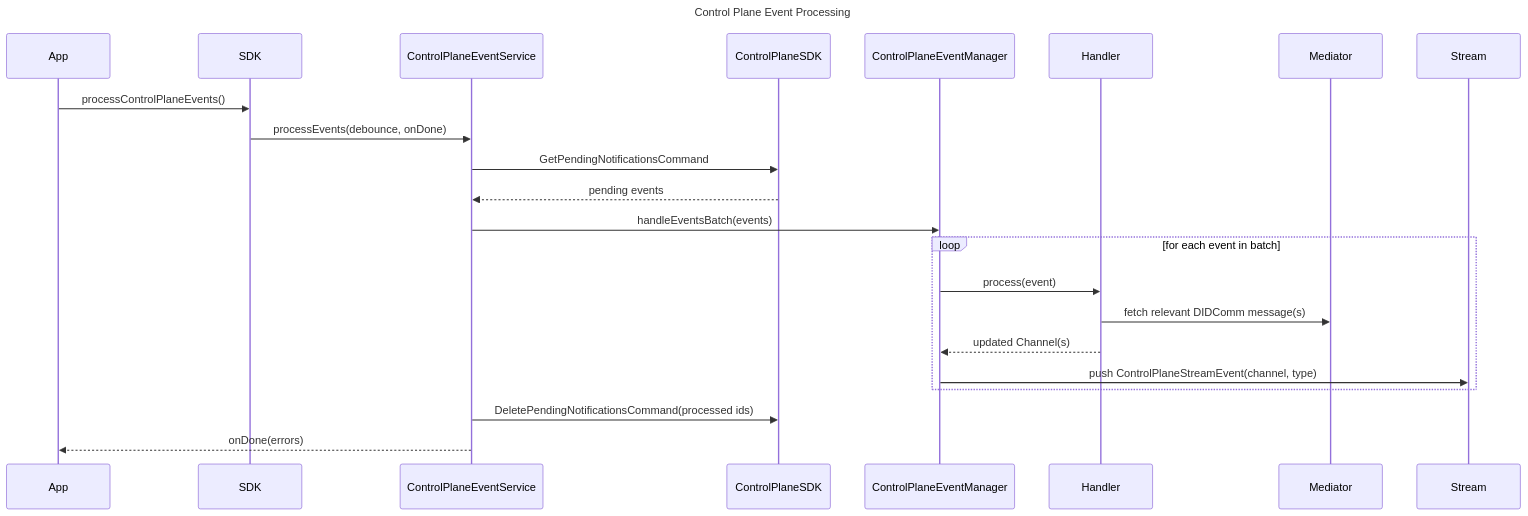
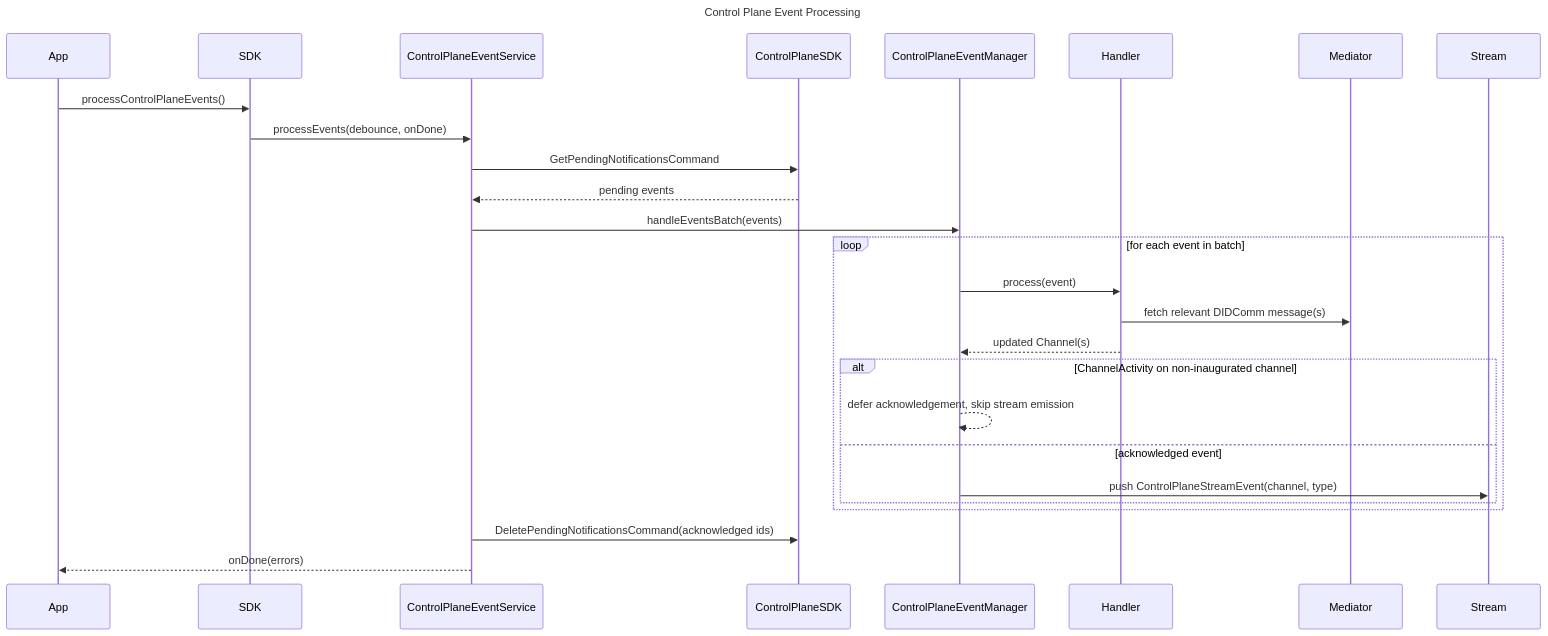
One commit to affinidi/affinidi-meetingplace-sdk-dart changed the diagram in packages/meeting_place_core/doc/runtime_models/control-plane-event-handling-model.md. Above: the diagram before and after it, drawn with Mermaid. The commit also changed other lines of this file and 3 other files, not shown here.

Commit message:
fix: non inaugurated channel activity (#200)

````diff
--- a/packages/meeting_place_core/doc/runtime_models/control-plane-event-handling-model.md
+++ b/packages/meeting_place_core/doc/runtime_models/control-plane-event-handling-model.md
@@ -22,28 +22,32 @@
 ```mermaid
 sequenceDiagram
     title Control Plane Event Processing
     participant App
     participant SDK
     participant Service as ControlPlaneEventService
     participant CP as ControlPlaneSDK
     participant Manager as ControlPlaneEventManager
     participant Handler
     participant Mediator
     participant Stream
 
     App->>SDK: processControlPlaneEvents()
     SDK->>Service: processEvents(debounce, onDone)
     Service->>CP: GetPendingNotificationsCommand
     CP-->>Service: pending events
     Service->>Manager: handleEventsBatch(events)
 
     loop for each event in batch
         Manager->>Handler: process(event)
         Handler->>Mediator: fetch relevant DIDComm message(s)
         Handler-->>Manager: updated Channel(s)
-        Manager->>Stream: push ControlPlaneStreamEvent(channel, type)
+        alt ChannelActivity on non-inaugurated channel
+            Manager-->>Manager: defer acknowledgement, skip stream emission
+        else acknowledged event
+            Manager->>Stream: push ControlPlaneStreamEvent(channel, type)
+        end
     end
 
-    Service->>CP: DeletePendingNotificationsCommand(processed ids)
+    Service->>CP: DeletePendingNotificationsCommand(acknowledged ids)
     Service-->>App: onDone(errors)
 ```
````
